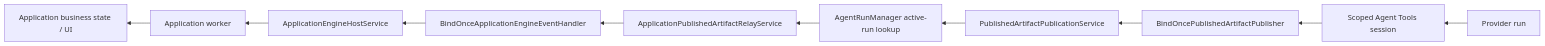
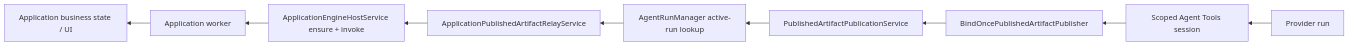
Before and after one commit to AutoByteus/autobyteus-workspace: the second of 7 diagrams in tickets/in-progress/universal-application-framework-proposal-analysis/application-framework-architecture-simplification.md, drawn with Mermaid. The commit also changed other lines of this file and 6 other files, not shown here.

````diff
--- a/tickets/in-progress/universal-application-framework-proposal-analysis/application-framework-architecture-simplification.md
+++ b/tickets/in-progress/universal-application-framework-proposal-analysis/application-framework-architecture-simplification.md
@@ -50,12 +62,11 @@
 ```mermaid
 flowchart RL
     Provider[Provider run] --> Session[Scoped Agent Tools session]
     Session --> DeferredPublisher[BindOncePublishedArtifactPublisher]
     DeferredPublisher --> Publication[PublishedArtifactPublicationService]
     Publication --> RunManager[AgentRunManager active-run lookup]
     RunManager --> Relay[ApplicationPublishedArtifactRelayService]
-    Relay --> DeferredEngine[BindOnceApplicationEngineEventHandler]
-    DeferredEngine --> Engine[ApplicationEngineHostService]
+    Relay --> Engine[ApplicationEngineHostService ensure + invoke]
     Engine --> Worker[Application worker]
     Worker --> Projection[Application business state / UI]
 ```
````
